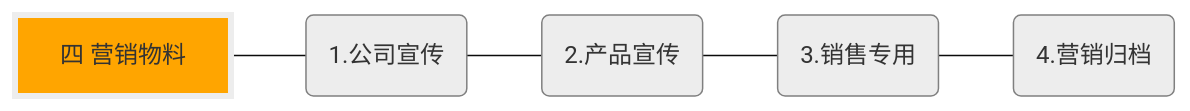
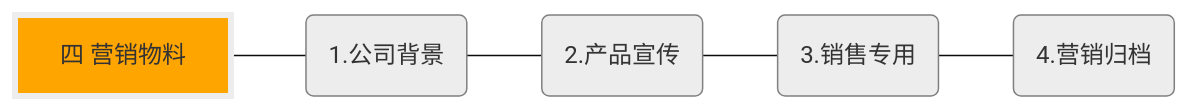
One commit to Xiyue-team/doc_op changed the fourth of 4 diagrams in index.md. Above: the diagram before and after it, drawn with Mermaid (base theme). The commit also changed 1 other file, not shown here.

````diff
--- a/index.md
+++ b/index.md
@@ -46,13 +46,13 @@
 ```mermaid
 graph LR
     A["四 营销物料"]
-    A---B(1.公司宣传);
+    A---B(1.公司背景);
     B---C(2.产品宣传);
     C---D(3.销售专用);
     D---E(4.营销归档);
     style A fill:orange,stroke:#EDEDED,stroke-width:4px
     style B fill:#EDEDED,stroke:gray,stroke-width:1px
     style C fill:#EDEDED,stroke:gray,stroke-width:1px
     style D fill:#EDEDED,stroke:gray,stroke-width:1px
     style E fill:#EDEDED,stroke:gray,stroke-width:1px
 ```
````
